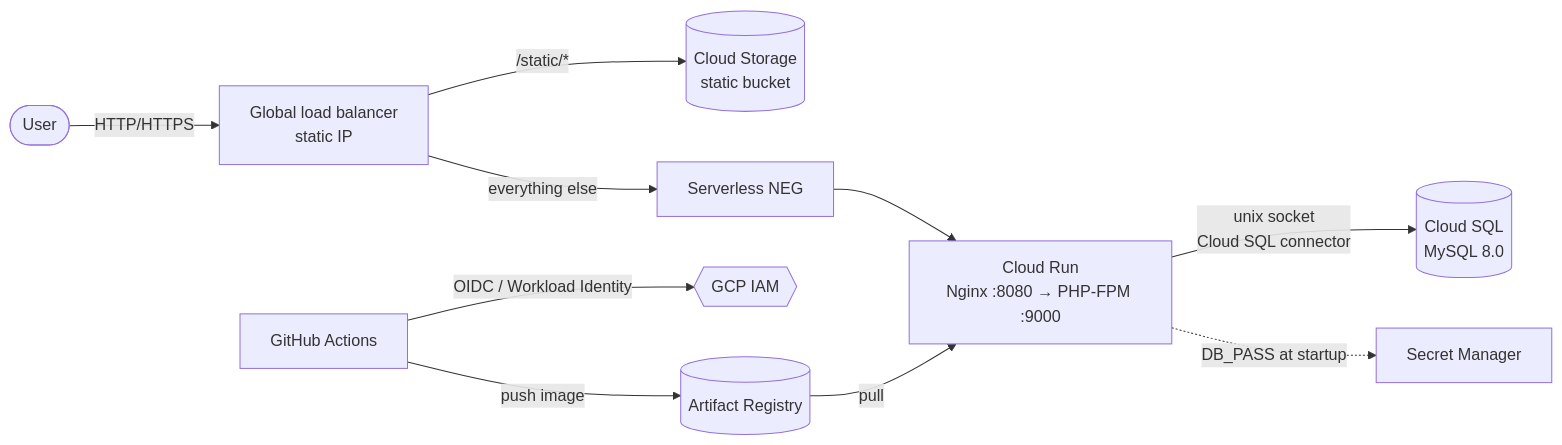
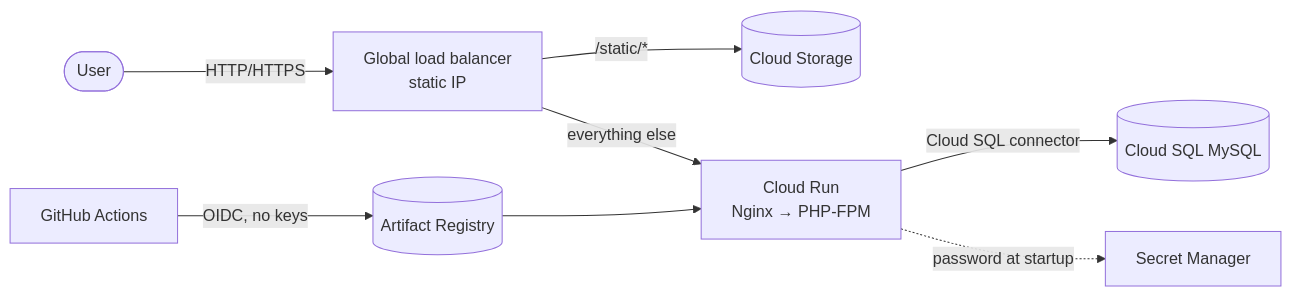
One commit to EddieByte/gcp-app-runner-cicd changed the diagram in README.md. Above: the diagram before and after it, drawn with Mermaid. The commit also changed other lines of this file and 4 other files, not shown here.

````diff
--- a/README.md
+++ b/README.md
@@ -36,13 +25,10 @@
 ```mermaid
 flowchart LR
     user([User]) -->|HTTP/HTTPS| lb[Global load balancer<br/>static IP]
-    lb -->|/static/*| bucket[(Cloud Storage<br/>static bucket)]
-    lb -->|everything else| neg[Serverless NEG]
-    neg --> run[Cloud Run<br/>Nginx :8080 → PHP-FPM :9000]
-    run -->|unix socket<br/>Cloud SQL connector| sql[(Cloud SQL<br/>MySQL 8.0)]
-    run -.->|DB_PASS at startup| sm[Secret Manager]
-
-    gha[GitHub Actions] -->|OIDC / Workload Identity| gcp{{GCP IAM}}
-    gha -->|push image| ar[(Artifact Registry)]
-    ar -->|pull| run
+    lb -->|/static/*| bucket[(Cloud Storage)]
+    lb -->|everything else| run[Cloud Run<br/>Nginx → PHP-FPM]
+    run -->|Cloud SQL connector| sql[(Cloud SQL MySQL)]
+    run -.->|password at startup| sm[Secret Manager]
+    gha[GitHub Actions] -->|OIDC, no keys| ar[(Artifact Registry)]
+    ar --> run
 ```
````
